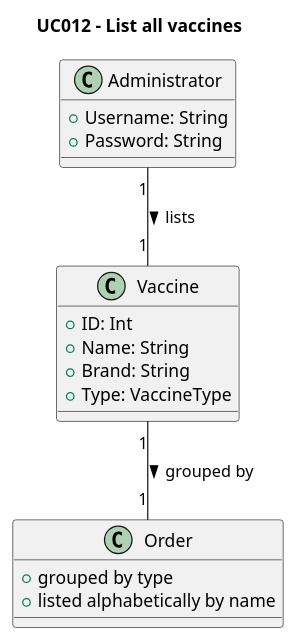
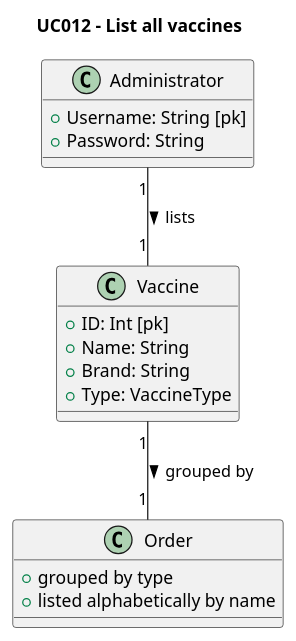
The diagram in sns-base/doc/global/use-cases/UC012/uc-UCD012-DM.puml (rafaafig/SnsTrab), drawn with PlantUML before and after one commit. The commit also changed 10 other files, not shown here.

Commit message:
modelo logico nos diagramas dos casos

```diff
--- a/sns-base/doc/global/use-cases/UC012/uc-UCD012-DM.puml
+++ b/sns-base/doc/global/use-cases/UC012/uc-UCD012-DM.puml
@@ -1,28 +1,28 @@
 @startuml
 'skinparam monochrome true
 'skinparam shadowing false
 
 title UC012 - List all vaccines
 
 class Administrator {
-    +Username: String
+    +Username: String [pk]
     +Password: String
 }
 
 class Vaccine {
-    +ID: Int
+    +ID: Int [pk]
     +Name: String
     +Brand: String
     +Type: VaccineType
 }
 
 class Order {
     +  grouped by type
     +  listed alphabetically by name
 }
 
 ' Relationships
 Administrator "1" -- "1" Vaccine : lists >
 Vaccine "1" -- "1" Order : grouped by >
 
 @enduml
```
